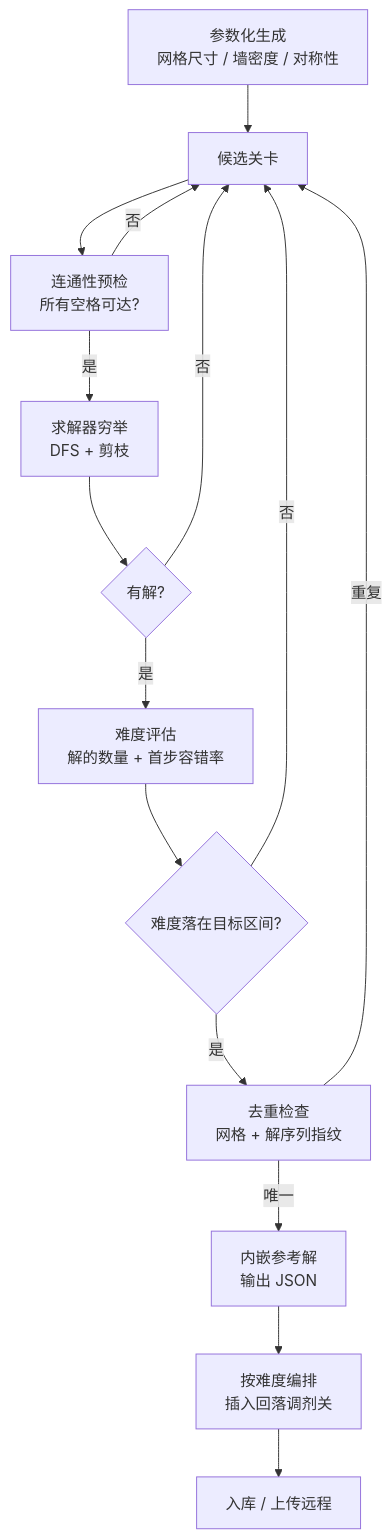
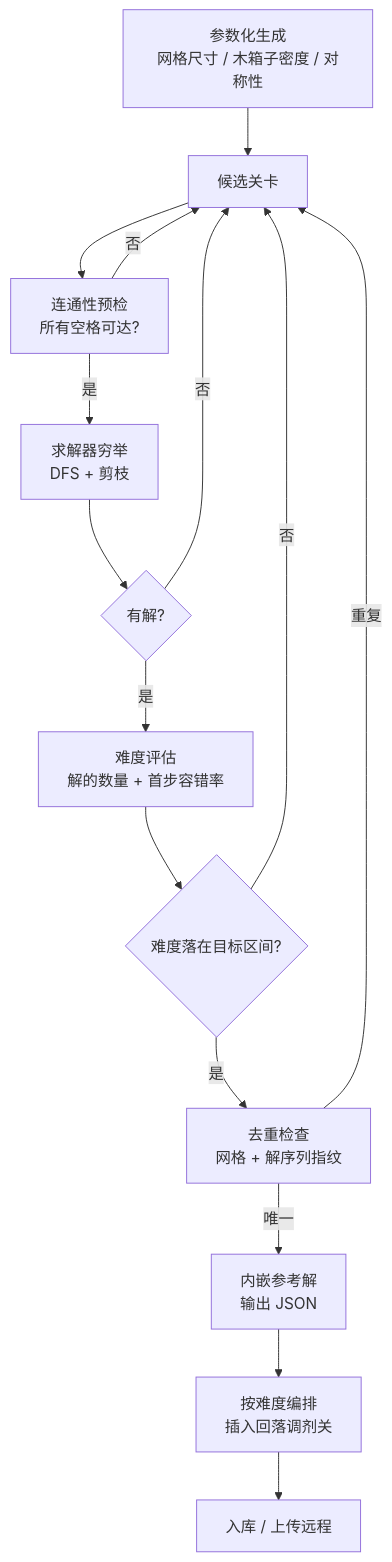
One commit to orsonHuang/ai_test changed the diagram in #PROJECT/longcat/GDD/03_systems/S02_level/design.md. Above: the diagram before and after it, drawn with Mermaid. The commit also changed other lines of this file and 15 other files, not shown here.

````diff
--- a/#PROJECT/longcat/GDD/03_systems/S02_level/design.md
+++ b/#PROJECT/longcat/GDD/03_systems/S02_level/design.md
@@ -40,17 +37,17 @@
 ```mermaid
 flowchart TD
-  A["参数化生成<br/>网格尺寸 / 墙密度 / 对称性"] --> B["候选关卡"]
+  A["参数化生成<br/>网格尺寸 / 木箱子密度 / 对称性"] --> B["候选关卡"]
   B --> C["连通性预检<br/>所有空格可达?"]
   C -- 否 --> B
   C -- 是 --> D["求解器穷举<br/>DFS + 剪枝"]
   D --> E{"有解?"}
   E -- 否 --> B
   E -- 是 --> F["难度评估<br/>解的数量 + 首步容错率"]
   F --> G{"难度落在目标区间?"}
   G -- 否 --> B
   G -- 是 --> H["去重检查<br/>网格 + 解序列指纹"]
   H -- 重复 --> B
   H -- 唯一 --> I["内嵌参考解<br/>输出 JSON"]
   I --> J["按难度编排<br/>插入回落调剂关"]
   J --> K["入库 / 上传远程"]
 ```
````
